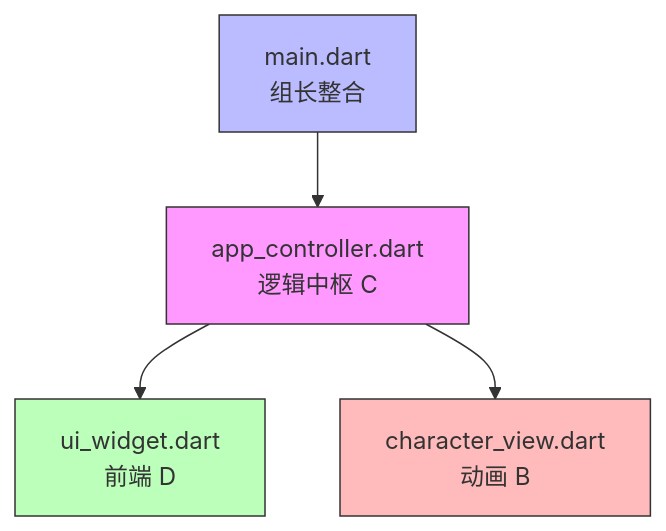
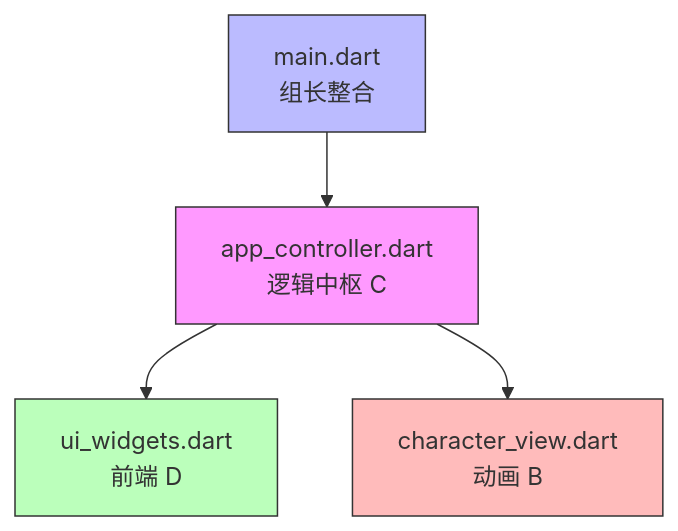
The first of 2 diagrams in docs/interface_spec.md (icode-chicken-hotpot-stew/MVP), drawn with Mermaid before and after one commit. The commit also changed other lines of this file and 15 other files, not shown here.

````diff
--- a/docs/interface_spec.md
+++ b/docs/interface_spec.md
@@ -46,11 +48,11 @@
 ```mermaid
 graph TB
     A[main.dart<br/>组长整合] --> B[app_controller.dart<br/>逻辑中枢 C]
-    B --> C[ui_widget.dart<br/>前端 D]
+    B --> C[ui_widgets.dart<br/>前端 D]
     B --> D[character_view.dart<br/>动画 B]
     
     style B fill:#f9f,stroke:#333
     style A fill:#bbf,stroke:#333
     style C fill:#bfb,stroke:#333
     style D fill:#fbb,stroke:#333
 ```
````
